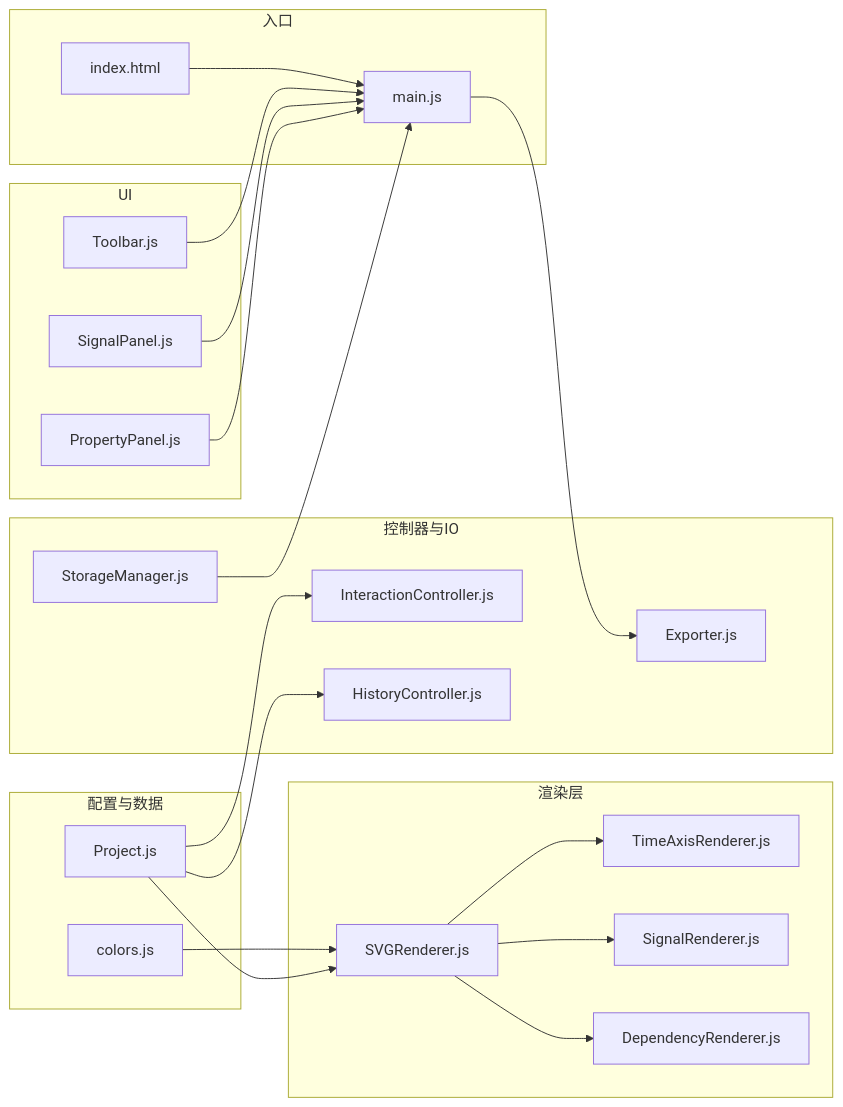
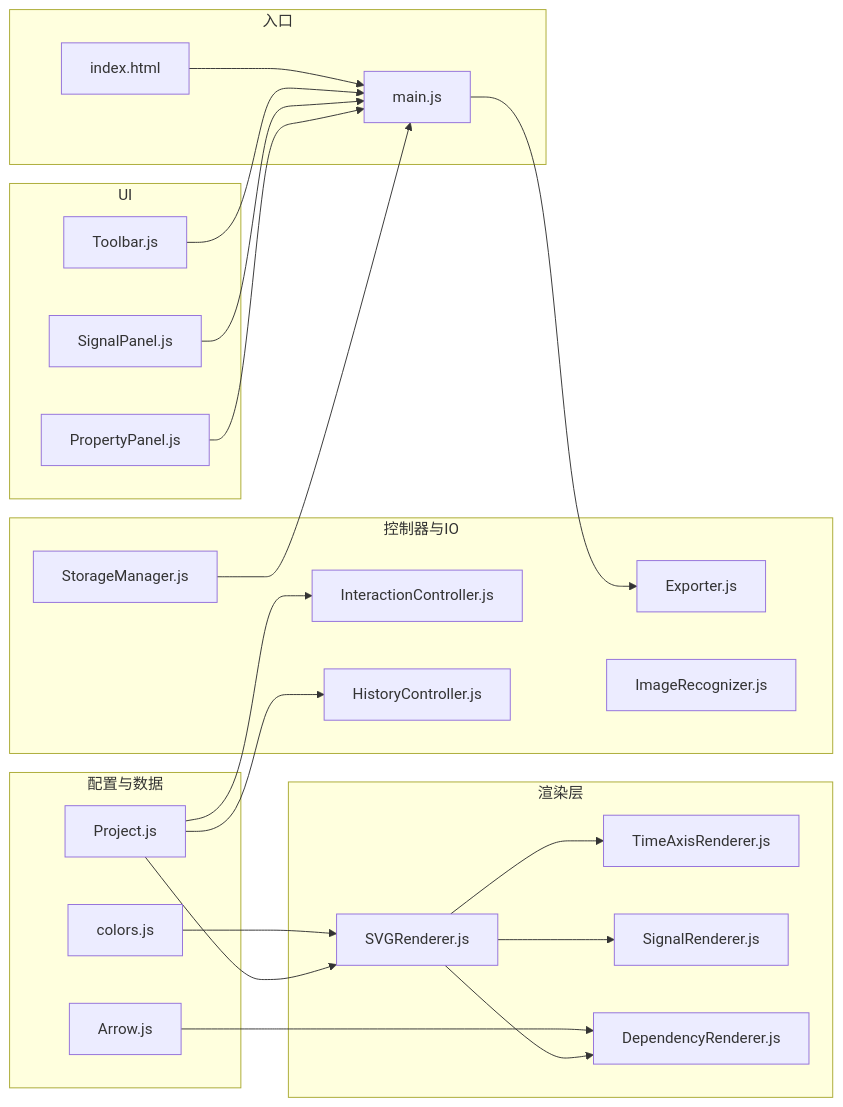
Before and after one commit to nht123456/waveform-editor: the fifth of 5 diagrams in .qoder/repowiki/zh/content/输入输出与存储/导出系统/独立HTML导出.md, drawn with Mermaid. The commit also changed other lines of this file and 6 other files, not shown here.

````diff
--- a/.qoder/repowiki/zh/content/输入输出与存储/导出系统/独立HTML导出.md
+++ b/.qoder/repowiki/zh/content/输入输出与存储/导出系统/独立HTML导出.md
@@ -219,41 +254,44 @@
 ```mermaid
 graph LR
 subgraph "配置与数据"
 C["colors.js"]
 P["Project.js"]
+AR["Arrow.js"]
 end
 subgraph "渲染层"
 SR["SVGRenderer.js"]
 TR["TimeAxisRenderer.js"]
 SIR["SignalRenderer.js"]
 DR["DependencyRenderer.js"]
 end
 subgraph "控制器与IO"
 IC["InteractionController.js"]
 HC["HistoryController.js"]
 SM["StorageManager.js"]
 EX["Exporter.js"]
+IM["ImageRecognizer.js"]
 end
 subgraph "UI"
 TB["Toolbar.js"]
 SP["SignalPanel.js"]
 PP["PropertyPanel.js"]
 end
 subgraph "入口"
 M["main.js"]
 I["index.html"]
 end
 C --> SR
 P --> SR
+AR --> DR
 SR --> SIR
 SR --> TR
 SR --> DR
 P --> IC
 P --> HC
 SM --> M
 M --> EX
 I --> M
 TB --> M
 SP --> M
 PP --> M
 ```
````
